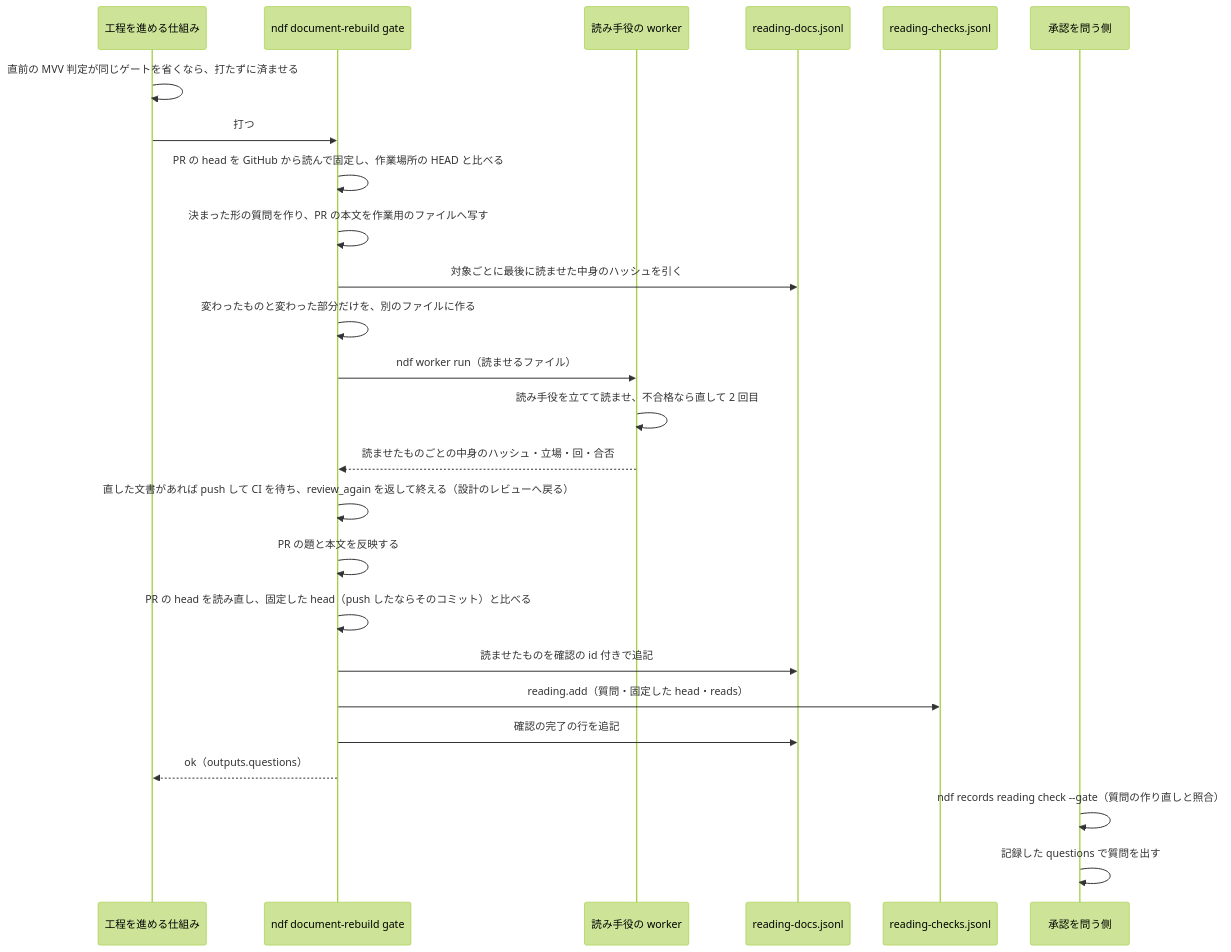
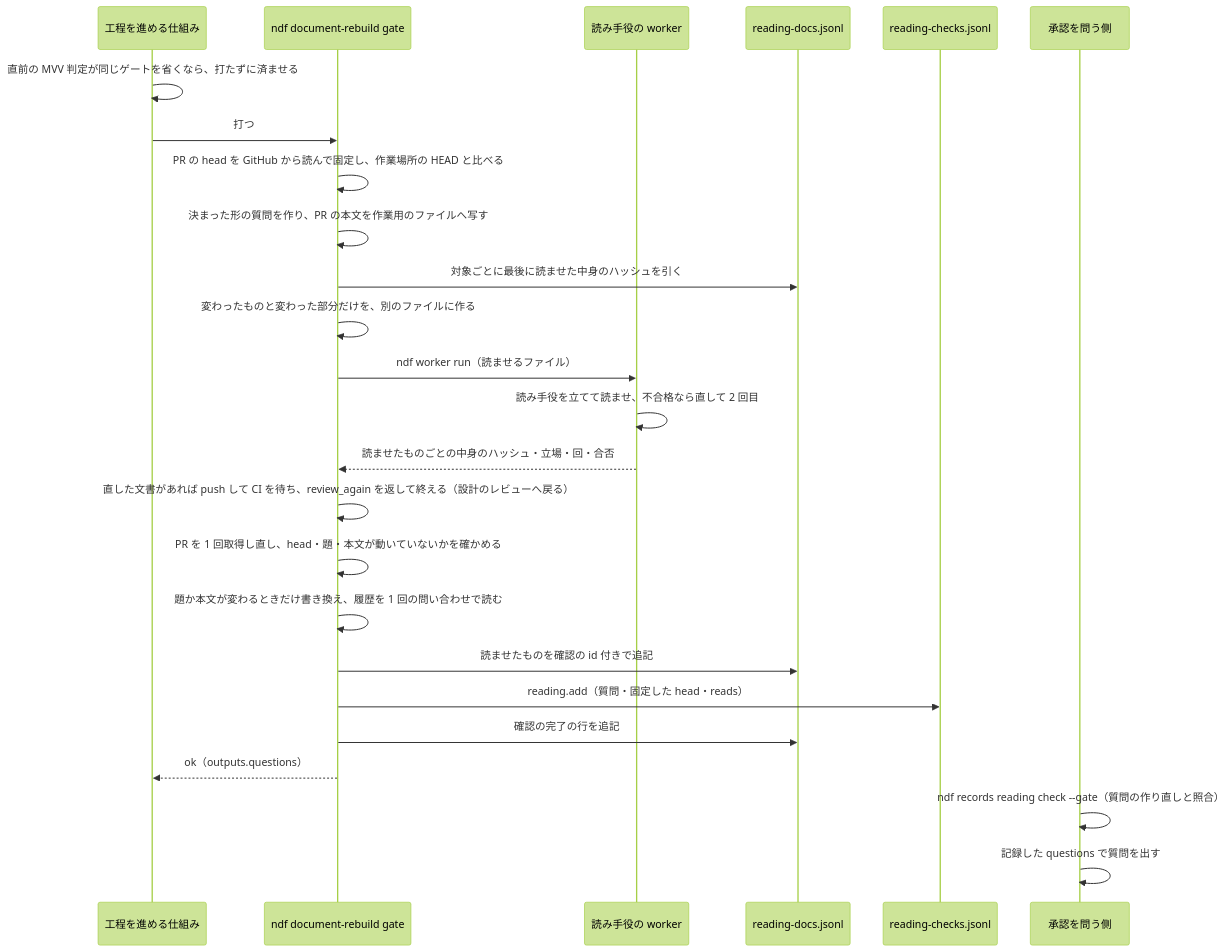
One commit to devbasex/ai-plugins changed the fourth of 4 diagrams in issues/issue-4446-design.md. Above: the diagram before and after it, drawn with Mermaid (forest theme). The commit also changed other lines of this file, not shown here.

````diff
--- a/issues/issue-4446-design.md
+++ b/issues/issue-4446-design.md
@@ -248,27 +248,27 @@
 ```mermaid
 sequenceDiagram
   participant P as 工程を進める仕組み
   participant G as ndf document-rebuild gate
   participant W as 読み手役の worker
   participant B as reading-docs.jsonl
   participant L as reading-checks.jsonl
   participant C as 承認を問う側
   P->>P: 直前の MVV 判定が同じゲートを省くなら、打たずに済ませる
   P->>G: 打つ
   G->>G: PR の head を GitHub から読んで固定し、作業場所の HEAD と比べる
   G->>G: 決まった形の質問を作り、PR の本文を作業用のファイルへ写す
   G->>B: 対象ごとに最後に読ませた中身のハッシュを引く
   G->>G: 変わったものと変わった部分だけを、別のファイルに作る
   G->>W: ndf worker run（読ませるファイル）
   W->>W: 読み手役を立てて読ませ、不合格なら直して 2 回目
   W-->>G: 読ませたものごとの中身のハッシュ・立場・回・合否
   G->>G: 直した文書があれば push して CI を待ち、review_again を返して終える（設計のレビューへ戻る）
-  G->>G: PR の題と本文を反映する
-  G->>G: PR の head を読み直し、固定した head（push したならそのコミット）と比べる
+  G->>G: PR を 1 回取得し直し、head・題・本文が動いていないかを確かめる
+  G->>G: 題か本文が変わるときだけ書き換え、履歴を 1 回の問い合わせで読む
   G->>B: 読ませたものを確認の id 付きで追記
   G->>L: reading.add（質問・固定した head・reads）
   G->>B: 確認の完了の行を追記
   G-->>P: ok（outputs.questions）
   C->>C: ndf records reading check --gate（質問の作り直しと照合）
   C->>C: 記録した questions で質問を出す
 ```
````
